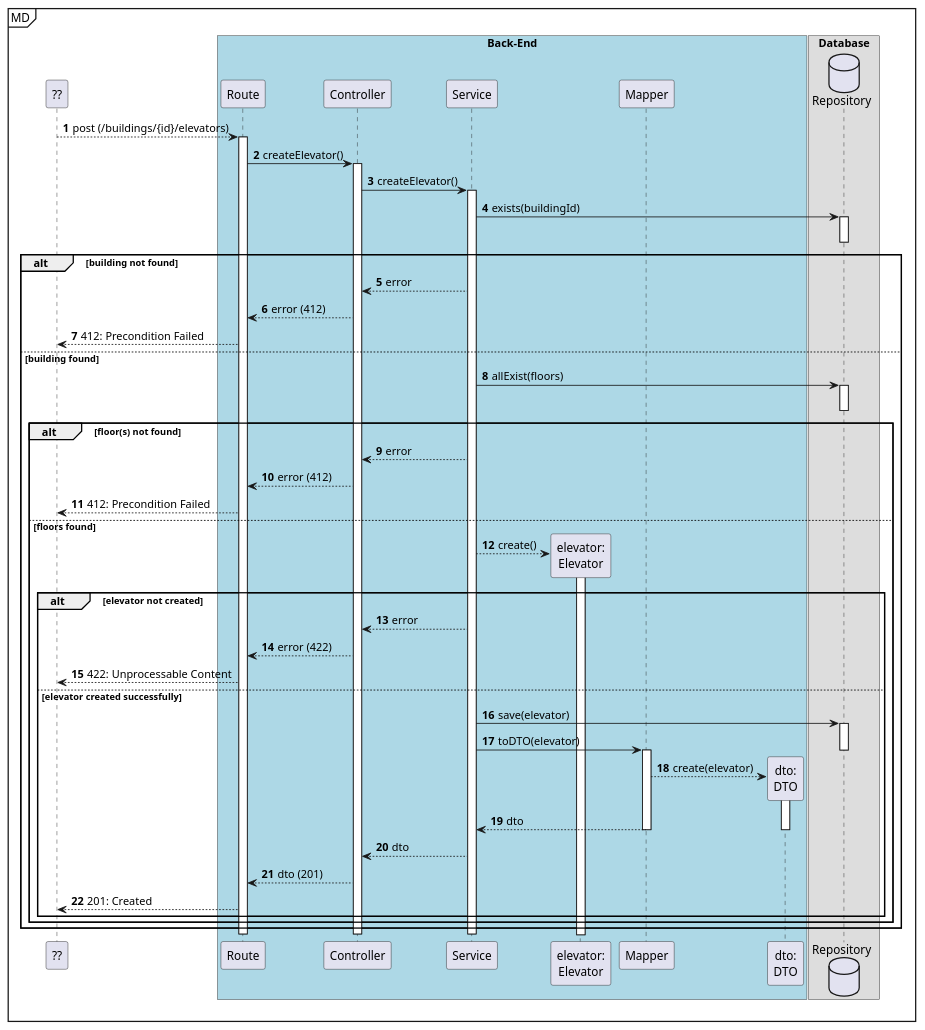
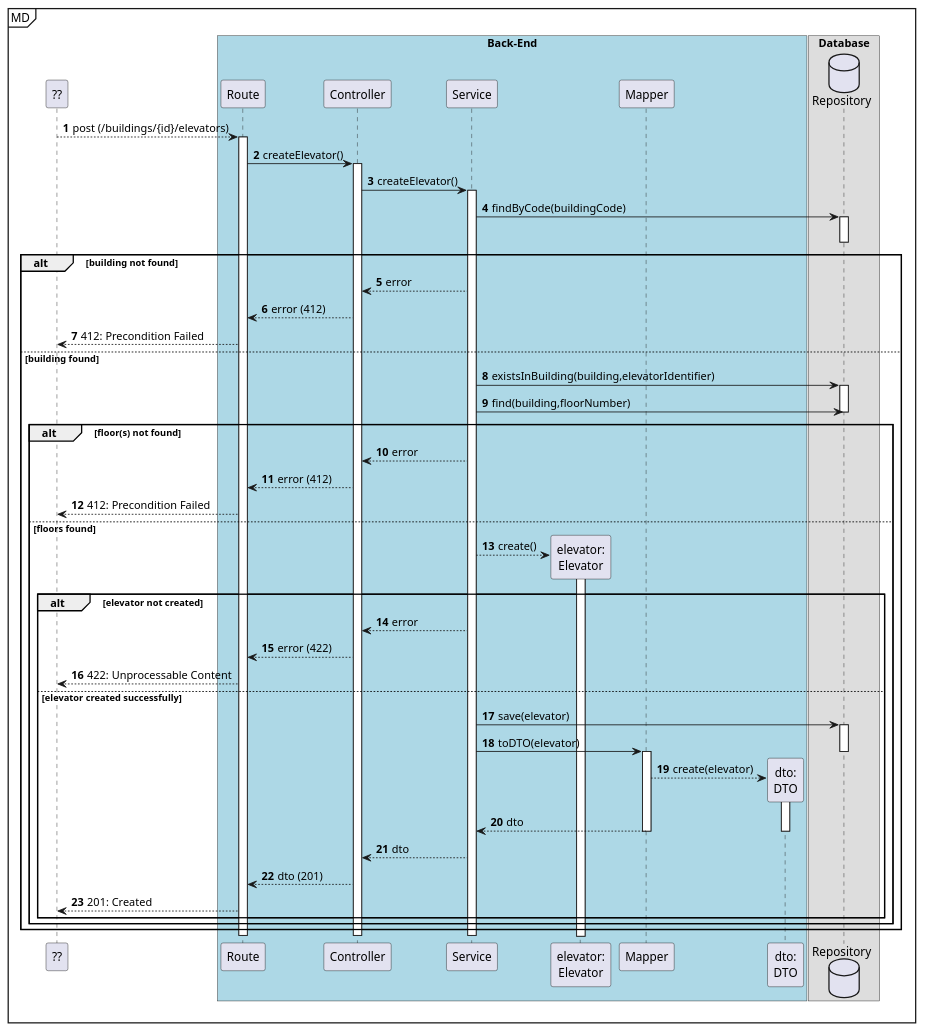
Before and after one commit to Departamento-de-Engenharia-Informatica/lapr5-23-24-g19: the diagram in docs/us270/level3/process-view.puml, drawn with PlantUML. The commit also changed 8 other files, not shown here.

```diff
--- a/docs/us270/level3/process-view.puml
+++ b/docs/us270/level3/process-view.puml
@@ -1,80 +1,81 @@
 @startuml
 autonumber
 
 participant "??" as ui
 
 mainframe MD
 box "Back-End" #LightBlue
 participant "Route" as r
 participant "Controller" as ctrl
 participant "Service" as svc
 
 participant "elevator:\nElevator" as elevator
 participant "Mapper" as map
 participant "dto:\nDTO" as dto
 end box
 
 box "Database"
 database "Repository" as repo
 end box
 
 ui --> r: post (/buildings/{id}/elevators)
     activate r
         r -> ctrl : createElevator()
         activate ctrl
             ctrl -> svc : createElevator()
             activate svc
-                svc -> repo : exists(buildingId)
+                svc -> repo : findByCode(buildingCode)
                 activate repo
                 deactivate repo
 
                 alt building not found
                     svc --> ctrl : error
                     ctrl --> r : error (412)
                     r --> ui : 412: Precondition Failed
                 else building found
-                    svc -> repo: allExist(floors)
+                    svc -> repo: existsInBuilding(building,elevatorIdentifier)
 
                     activate repo
+                        svc -> repo: find(building,floorNumber)
                     deactivate repo
 
                     alt floor(s) not found
                         svc --> ctrl : error
                         ctrl --> r : error (412)
                         r --> ui : 412: Precondition Failed
                     else floors found
                         svc --> elevator** : create()
 
                         activate elevator
                         deactivate elevator
 
                         alt elevator not created
                             svc --> ctrl : error
                             ctrl --> r : error (422)
                             r --> ui : 422: Unprocessable Content
 
                         else elevator created successfully
                             svc -> repo : save(elevator)
 
                             activate repo
                                 svc -> map : toDTO(elevator)
                             deactivate repo
 
                             activate map
                                 map --> dto** : create(elevator)
                                 activate dto
                                     map --> svc : dto
                                 deactivate dto
                             deactivate map
 
                             svc --> ctrl : dto
                             ctrl --> r : dto (201)
                             r --> ui : 201: Created
                         end
                     end
                 end
             deactivate svc
         deactivate ctrl
     deactivate r
 
 @enduml
```
